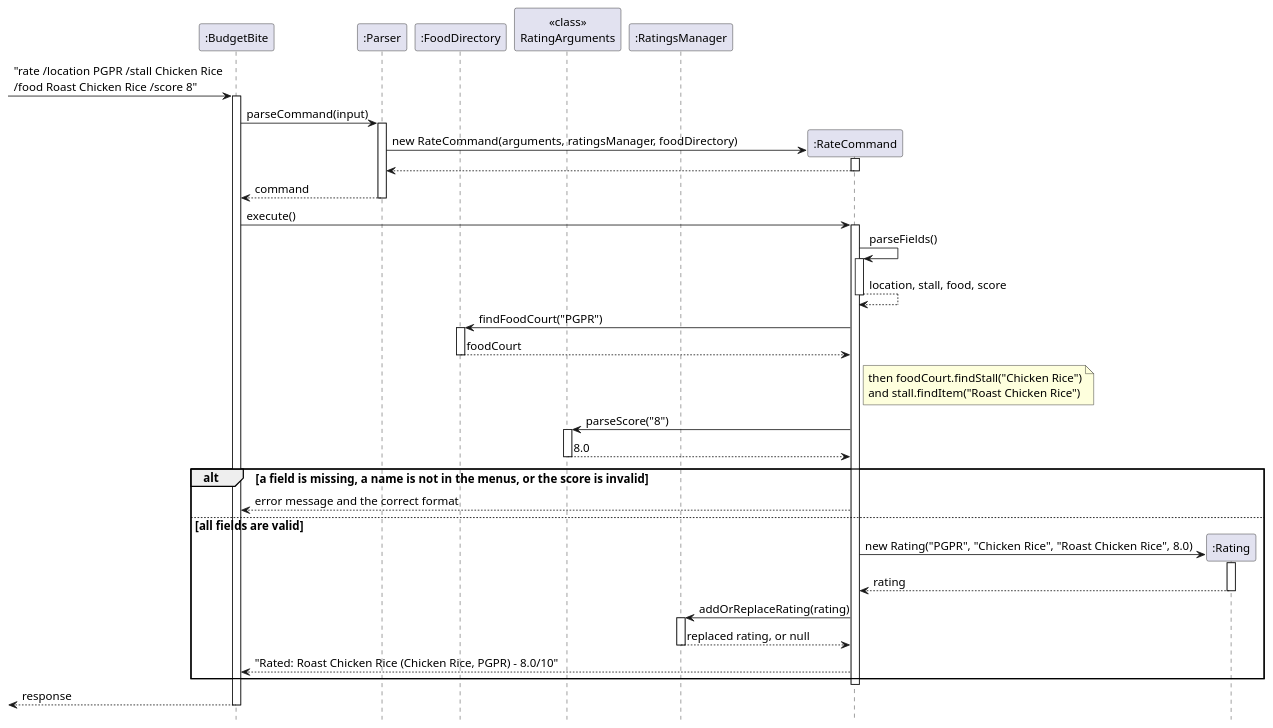
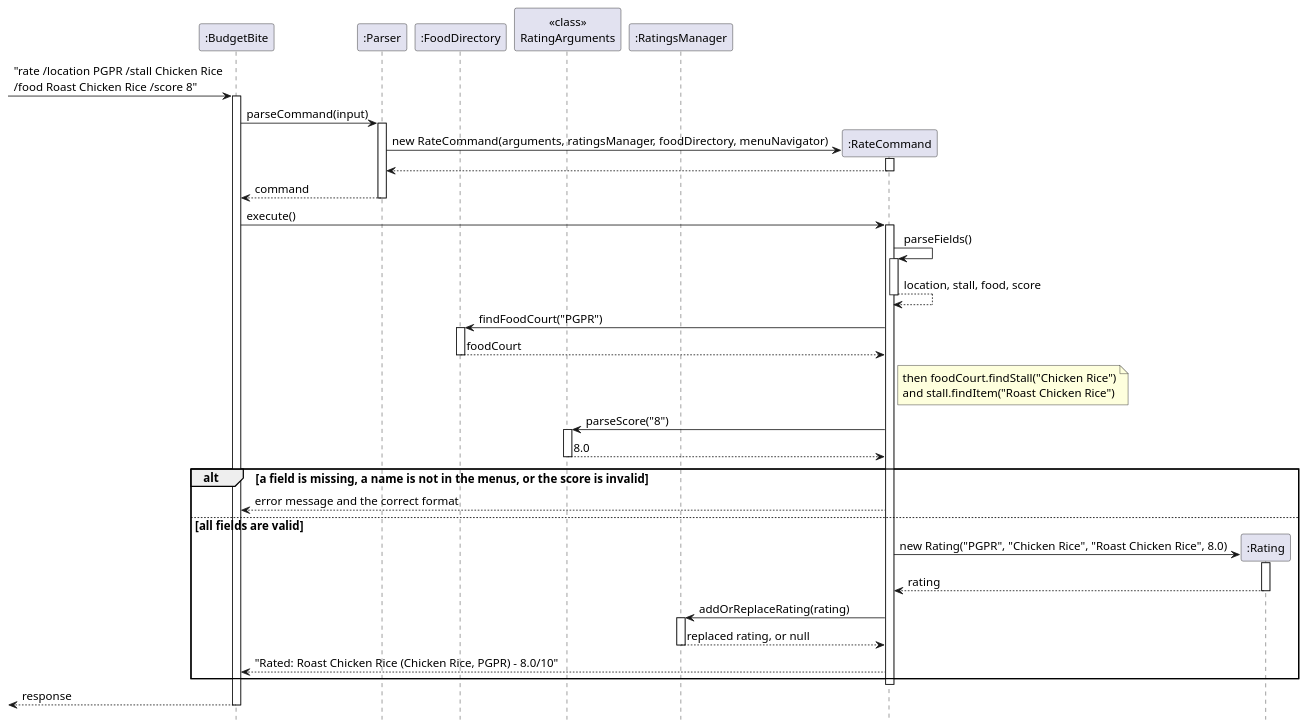
Before and after one commit to AY2627S1-CS2113-W10-3/tp: the diagram in docs/diagrams/RateSequenceDiagram.puml, drawn with PlantUML. The commit also changed 7 other files, not shown here.

First line of the commit message:
Update DG diagrams for rate ? suggestions

```diff
--- a/docs/diagrams/RateSequenceDiagram.puml
+++ b/docs/diagrams/RateSequenceDiagram.puml
@@ -1,64 +1,64 @@
 @startuml
 ' rate /location PGPR /stall Chicken Rice /food Roast Chicken Rice /score 8
 skinparam shadowing false
 skinparam defaultFontSize 14
 hide footbox
 
 participant ":BudgetBite" as B
 participant ":Parser" as P
 participant ":FoodDirectory" as D
 participant "<<class>>\nRatingArguments" as A
 participant ":RatingsManager" as M
 
 [-> B : "rate /location PGPR /stall Chicken Rice\n/food Roast Chicken Rice /score 8"
 activate B
 B -> P : parseCommand(input)
 activate P
 create ":RateCommand" as C
-P -> C : new RateCommand(arguments, ratingsManager, foodDirectory)
+P -> C : new RateCommand(arguments, ratingsManager, foodDirectory, menuNavigator)
 activate C
 C --> P
 deactivate C
 P --> B : command
 deactivate P
 
 B -> C : execute()
 activate C
 C -> C : parseFields()
 activate C
 C --> C : location, stall, food, score
 deactivate C
 
 C -> D : findFoodCourt("PGPR")
 activate D
 D --> C : foodCourt
 deactivate D
 note right of C
   then foodCourt.findStall("Chicken Rice")
   and stall.findItem("Roast Chicken Rice")
 end note
 
 C -> A : parseScore("8")
 activate A
 A --> C : 8.0
 deactivate A
 
 alt a field is missing, a name is not in the menus, or the score is invalid
     C --> B : error message and the correct format
 else all fields are valid
     create ":Rating" as R
     C -> R : new Rating("PGPR", "Chicken Rice", "Roast Chicken Rice", 8.0)
     activate R
     R --> C : rating
     deactivate R
     C -> M : addOrReplaceRating(rating)
     activate M
     M --> C : replaced rating, or null
     deactivate M
     C --> B : "Rated: Roast Chicken Rice (Chicken Rice, PGPR) - 8.0/10"
 end
 deactivate C
 
 [<-- B : response
 deactivate B
 @enduml
```
